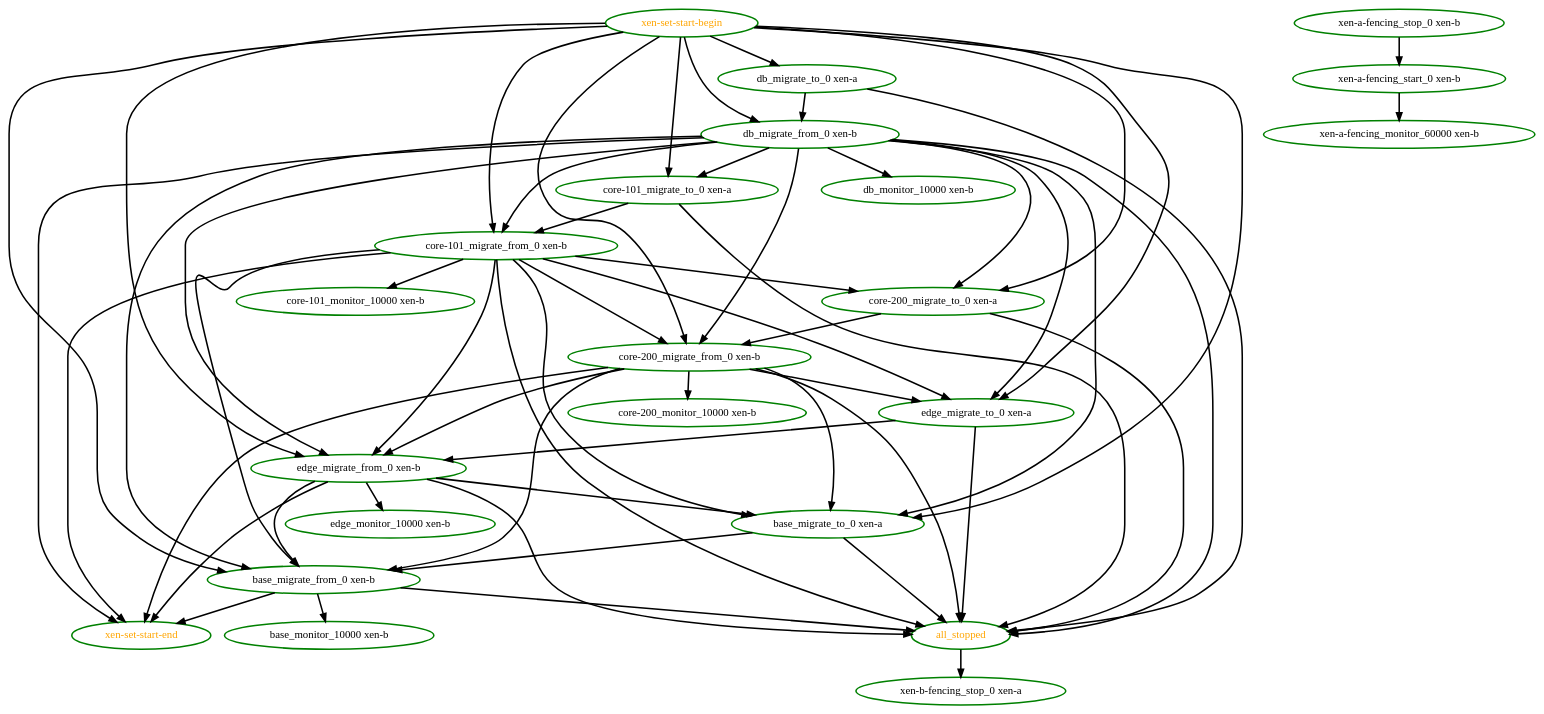
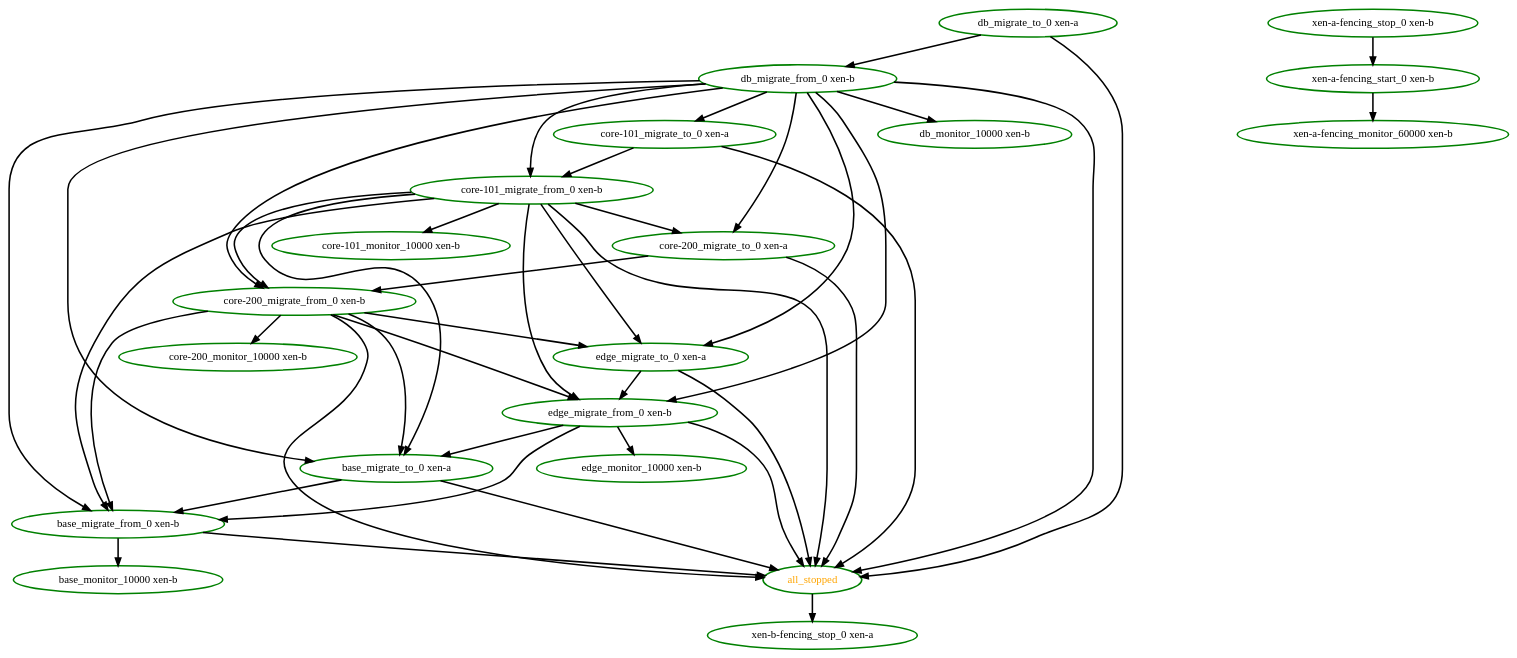
Before and after one commit to ClusterLabs/pacemaker: the diagram in pengine/test10/order-serialize-set.dot, drawn with Graphviz. The commit also changed 3 other files, not shown here.

```diff
--- a/pengine/test10/order-serialize-set.dot
+++ b/pengine/test10/order-serialize-set.dot
@@ -1,82 +1,65 @@
 digraph "g" {
 "all_stopped" -> "xen-b-fencing_stop_0 xen-a" [ style = bold]
 "all_stopped" [ style=bold color="green" fontcolor="orange"  ]
 "base_migrate_from_0 xen-b" -> "all_stopped" [ style = bold]
 "base_migrate_from_0 xen-b" -> "base_monitor_10000 xen-b" [ style = bold]
-"base_migrate_from_0 xen-b" -> "xen-set-start-end" [ style = bold]
 "base_migrate_from_0 xen-b" [ style=bold color="green" fontcolor="black"  ]
 "base_migrate_to_0 xen-a" -> "all_stopped" [ style = bold]
 "base_migrate_to_0 xen-a" -> "base_migrate_from_0 xen-b" [ style = bold]
 "base_migrate_to_0 xen-a" [ style=bold color="green" fontcolor="black"  ]
 "base_monitor_10000 xen-b" [ style=bold color="green" fontcolor="black"  ]
 "core-101_migrate_from_0 xen-b" -> "all_stopped" [ style = bold]
 "core-101_migrate_from_0 xen-b" -> "base_migrate_from_0 xen-b" [ style = bold]
 "core-101_migrate_from_0 xen-b" -> "base_migrate_to_0 xen-a" [ style = bold]
 "core-101_migrate_from_0 xen-b" -> "core-101_monitor_10000 xen-b" [ style = bold]
 "core-101_migrate_from_0 xen-b" -> "core-200_migrate_from_0 xen-b" [ style = bold]
 "core-101_migrate_from_0 xen-b" -> "core-200_migrate_to_0 xen-a" [ style = bold]
 "core-101_migrate_from_0 xen-b" -> "edge_migrate_from_0 xen-b" [ style = bold]
 "core-101_migrate_from_0 xen-b" -> "edge_migrate_to_0 xen-a" [ style = bold]
-"core-101_migrate_from_0 xen-b" -> "xen-set-start-end" [ style = bold]
 "core-101_migrate_from_0 xen-b" [ style=bold color="green" fontcolor="black"  ]
 "core-101_migrate_to_0 xen-a" -> "all_stopped" [ style = bold]
 "core-101_migrate_to_0 xen-a" -> "core-101_migrate_from_0 xen-b" [ style = bold]
 "core-101_migrate_to_0 xen-a" [ style=bold color="green" fontcolor="black"  ]
 "core-101_monitor_10000 xen-b" [ style=bold color="green" fontcolor="black"  ]
 "core-200_migrate_from_0 xen-b" -> "all_stopped" [ style = bold]
 "core-200_migrate_from_0 xen-b" -> "base_migrate_from_0 xen-b" [ style = bold]
 "core-200_migrate_from_0 xen-b" -> "base_migrate_to_0 xen-a" [ style = bold]
 "core-200_migrate_from_0 xen-b" -> "core-200_monitor_10000 xen-b" [ style = bold]
 "core-200_migrate_from_0 xen-b" -> "edge_migrate_from_0 xen-b" [ style = bold]
 "core-200_migrate_from_0 xen-b" -> "edge_migrate_to_0 xen-a" [ style = bold]
-"core-200_migrate_from_0 xen-b" -> "xen-set-start-end" [ style = bold]
 "core-200_migrate_from_0 xen-b" [ style=bold color="green" fontcolor="black"  ]
 "core-200_migrate_to_0 xen-a" -> "all_stopped" [ style = bold]
 "core-200_migrate_to_0 xen-a" -> "core-200_migrate_from_0 xen-b" [ style = bold]
 "core-200_migrate_to_0 xen-a" [ style=bold color="green" fontcolor="black"  ]
 "core-200_monitor_10000 xen-b" [ style=bold color="green" fontcolor="black"  ]
 "db_migrate_from_0 xen-b" -> "all_stopped" [ style = bold]
 "db_migrate_from_0 xen-b" -> "base_migrate_from_0 xen-b" [ style = bold]
 "db_migrate_from_0 xen-b" -> "base_migrate_to_0 xen-a" [ style = bold]
 "db_migrate_from_0 xen-b" -> "core-101_migrate_from_0 xen-b" [ style = bold]
 "db_migrate_from_0 xen-b" -> "core-101_migrate_to_0 xen-a" [ style = bold]
 "db_migrate_from_0 xen-b" -> "core-200_migrate_from_0 xen-b" [ style = bold]
 "db_migrate_from_0 xen-b" -> "core-200_migrate_to_0 xen-a" [ style = bold]
 "db_migrate_from_0 xen-b" -> "db_monitor_10000 xen-b" [ style = bold]
 "db_migrate_from_0 xen-b" -> "edge_migrate_from_0 xen-b" [ style = bold]
 "db_migrate_from_0 xen-b" -> "edge_migrate_to_0 xen-a" [ style = bold]
-"db_migrate_from_0 xen-b" -> "xen-set-start-end" [ style = bold]
 "db_migrate_from_0 xen-b" [ style=bold color="green" fontcolor="black"  ]
 "db_migrate_to_0 xen-a" -> "all_stopped" [ style = bold]
 "db_migrate_to_0 xen-a" -> "db_migrate_from_0 xen-b" [ style = bold]
 "db_migrate_to_0 xen-a" [ style=bold color="green" fontcolor="black"  ]
 "db_monitor_10000 xen-b" [ style=bold color="green" fontcolor="black"  ]
 "edge_migrate_from_0 xen-b" -> "all_stopped" [ style = bold]
 "edge_migrate_from_0 xen-b" -> "base_migrate_from_0 xen-b" [ style = bold]
 "edge_migrate_from_0 xen-b" -> "base_migrate_to_0 xen-a" [ style = bold]
 "edge_migrate_from_0 xen-b" -> "edge_monitor_10000 xen-b" [ style = bold]
-"edge_migrate_from_0 xen-b" -> "xen-set-start-end" [ style = bold]
 "edge_migrate_from_0 xen-b" [ style=bold color="green" fontcolor="black"  ]
 "edge_migrate_to_0 xen-a" -> "all_stopped" [ style = bold]
 "edge_migrate_to_0 xen-a" -> "edge_migrate_from_0 xen-b" [ style = bold]
 "edge_migrate_to_0 xen-a" [ style=bold color="green" fontcolor="black"  ]
 "edge_monitor_10000 xen-b" [ style=bold color="green" fontcolor="black"  ]
 "xen-a-fencing_monitor_60000 xen-b" [ style=bold color="green" fontcolor="black"  ]
 "xen-a-fencing_start_0 xen-b" -> "xen-a-fencing_monitor_60000 xen-b" [ style = bold]
 "xen-a-fencing_start_0 xen-b" [ style=bold color="green" fontcolor="black"  ]
 "xen-a-fencing_stop_0 xen-b" -> "xen-a-fencing_start_0 xen-b" [ style = bold]
 "xen-a-fencing_stop_0 xen-b" [ style=bold color="green" fontcolor="black"  ]
 "xen-b-fencing_stop_0 xen-a" [ style=bold color="green" fontcolor="black"  ]
-"xen-set-start-begin" -> "base_migrate_from_0 xen-b" [ style = bold]
-"xen-set-start-begin" -> "base_migrate_to_0 xen-a" [ style = bold]
-"xen-set-start-begin" -> "core-101_migrate_from_0 xen-b" [ style = bold]
-"xen-set-start-begin" -> "core-101_migrate_to_0 xen-a" [ style = bold]
-"xen-set-start-begin" -> "core-200_migrate_from_0 xen-b" [ style = bold]
-"xen-set-start-begin" -> "core-200_migrate_to_0 xen-a" [ style = bold]
-"xen-set-start-begin" -> "db_migrate_from_0 xen-b" [ style = bold]
-"xen-set-start-begin" -> "db_migrate_to_0 xen-a" [ style = bold]
-"xen-set-start-begin" -> "edge_migrate_from_0 xen-b" [ style = bold]
-"xen-set-start-begin" -> "edge_migrate_to_0 xen-a" [ style = bold]
-"xen-set-start-begin" [ style=bold color="green" fontcolor="orange"  ]
-"xen-set-start-end" [ style=bold color="green" fontcolor="orange"  ]
 }
```
